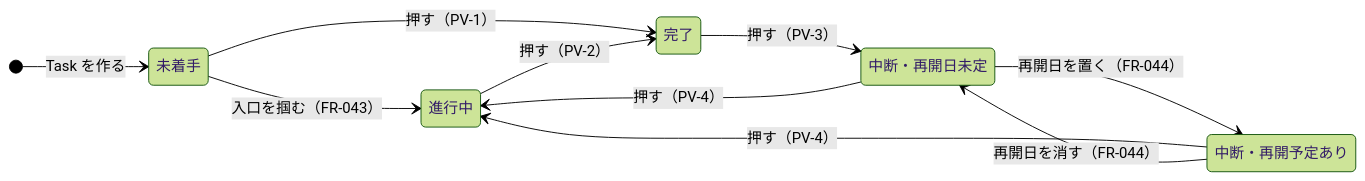
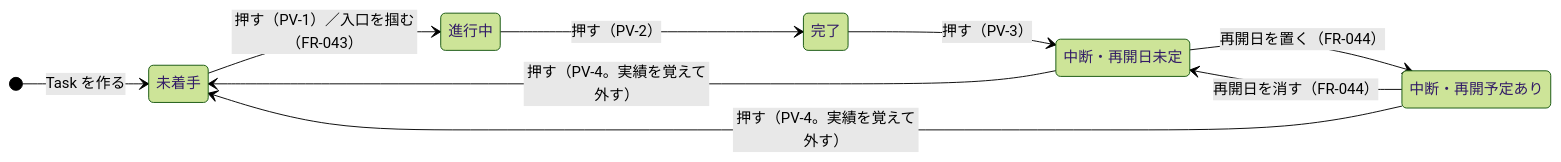
One commit to GoodRelax/gr-scheduler changed the second of 2 diagrams in docs/spec/05-07-design.md. Above: the diagram before and after it, drawn with Mermaid (forest theme). The commit also changed other lines of this file and 187 other files, not shown here.

````diff
--- a/docs/spec/05-07-design.md
+++ b/docs/spec/05-07-design.md
@@ -659,19 +659,18 @@
 ```mermaid
 stateDiagram-v2
     direction LR
     NotStarted : 未着手
     Running : 進行中
     Done : 完了
     HeldNoDate : 中断・再開日未定
     HeldWithDate : 中断・再開予定あり
 
     [*] --> NotStarted : Task を作る
-    NotStarted --> Running : 入口を掴む（FR-043）
-    NotStarted --> Done : 押す（PV-1）
+    NotStarted --> Running : 押す（PV-1）／入口を掴む（FR-043）
     Running --> Done : 押す（PV-2）
     Done --> HeldNoDate : 押す（PV-3）
-    HeldNoDate --> Running : 押す（PV-4）
-    HeldWithDate --> Running : 押す（PV-4）
+    HeldNoDate --> NotStarted : 押す（PV-4。実績を覚えて外す）
+    HeldWithDate --> NotStarted : 押す（PV-4。実績を覚えて外す）
     HeldNoDate --> HeldWithDate : 再開日を置く（FR-044）
     HeldWithDate --> HeldNoDate : 再開日を消す（FR-044）
 ```
````
